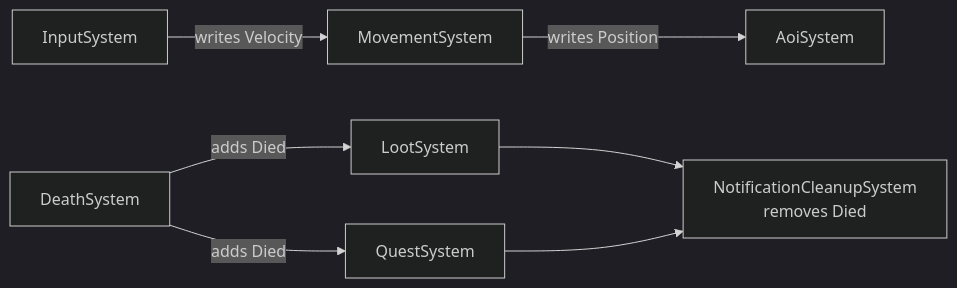
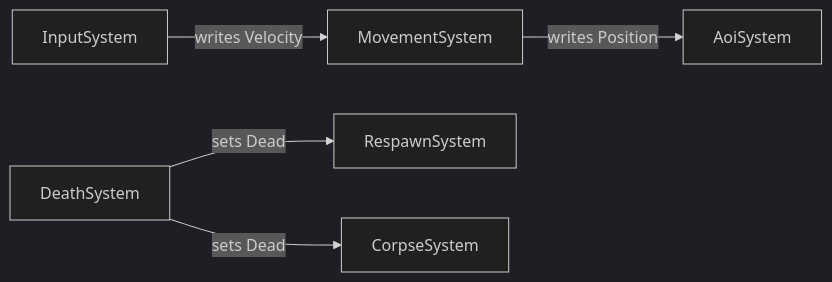
The second of 2 diagrams in doc/ecs-principles.md (JasonXuDeveloper/EasyEcs), drawn with Mermaid (dark theme) before and after one commit. The commit also changed other lines of this file and 5 other files, not shown here.

````diff
--- a/doc/ecs-principles.md
+++ b/doc/ecs-principles.md
@@ -111,9 +115,7 @@
 ```mermaid
 flowchart LR
     I[InputSystem] -->|writes Velocity| M[MovementSystem]
     M -->|writes Position| G[AoiSystem]
-    D[DeathSystem] -->|adds Died| L[LootSystem]
-    D -->|adds Died| Q[QuestSystem]
-    L --> C[NotificationCleanupSystem<br/>removes Died]
-    Q --> C
+    D[DeathSystem] -->|sets Dead| R[RespawnSystem]
+    D -->|sets Dead| C[CorpseSystem]
 ```
````
